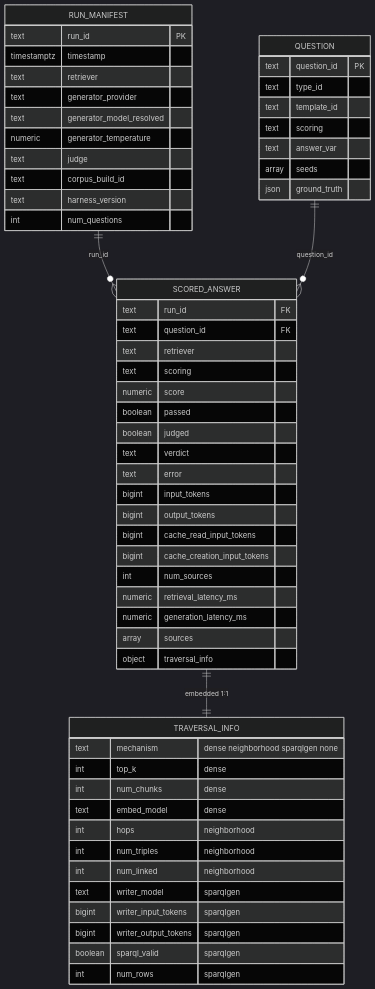
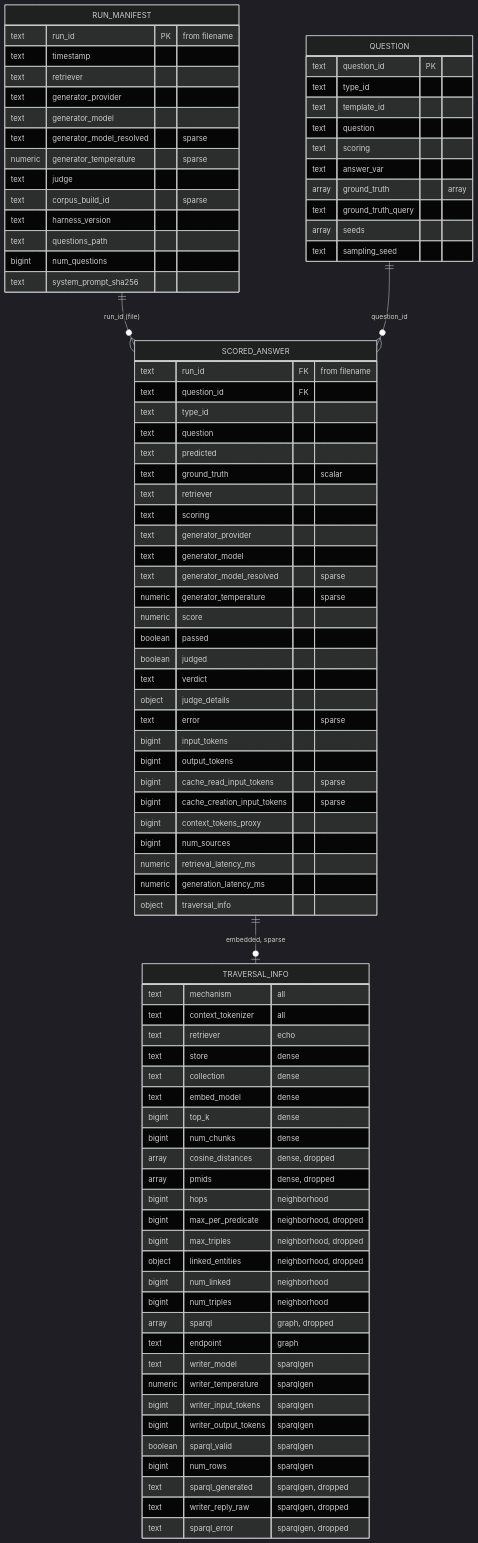
Before and after one commit to joseph-higaki/rag-bench-analytics: the first of 4 diagrams in README.md, drawn with Mermaid (dark theme). The commit also changed other lines of this file, not shown here.

First line of the commit message:
Complete the README data-model diagrams

````diff
--- a/README.md
+++ b/README.md
@@ -65,62 +65,92 @@
 ```mermaid
 erDiagram
-    RUN_MANIFEST ||--o{ SCORED_ANSWER : "run_id"
+    RUN_MANIFEST ||--o{ SCORED_ANSWER : "run_id (file)"
     QUESTION ||--o{ SCORED_ANSWER : "question_id"
-    SCORED_ANSWER ||--|| TRAVERSAL_INFO : "embedded 1:1"
+    SCORED_ANSWER ||--o| TRAVERSAL_INFO : "embedded, sparse"
 
     RUN_MANIFEST {
-        text run_id PK
-        timestamptz timestamp
+        text run_id PK "from filename"
+        text timestamp
         text retriever
         text generator_provider
-        text generator_model_resolved
-        numeric generator_temperature
+        text generator_model
+        text generator_model_resolved "sparse"
+        numeric generator_temperature "sparse"
         text judge
-        text corpus_build_id
+        text corpus_build_id "sparse"
         text harness_version
-        int num_questions
+        text questions_path
+        bigint num_questions
+        text system_prompt_sha256
     }
     SCORED_ANSWER {
-        text run_id FK
+        text run_id FK "from filename"
         text question_id FK
+        text type_id
+        text question
+        text predicted
+        text ground_truth "scalar"
         text retriever
         text scoring
+        text generator_provider
+        text generator_model
+        text generator_model_resolved "sparse"
+        numeric generator_temperature "sparse"
         numeric score
         boolean passed
         boolean judged
         text verdict
-        text error
+        object judge_details
+        text error "sparse"
         bigint input_tokens
         bigint output_tokens
-        bigint cache_read_input_tokens
-        bigint cache_creation_input_tokens
-        int num_sources
+        bigint cache_read_input_tokens "sparse"
+        bigint cache_creation_input_tokens "sparse"
+        bigint context_tokens_proxy
+        bigint num_sources
         numeric retrieval_latency_ms
         numeric generation_latency_ms
-        array sources
         object traversal_info
     }
     QUESTION {
         text question_id PK
         text type_id
         text template_id
+        text question
         text scoring
         text answer_var
+        array ground_truth "array"
+        text ground_truth_query
         array seeds
-        json ground_truth
+        text sampling_seed
     }
     TRAVERSAL_INFO {
-        text mechanism "dense neighborhood sparqlgen none"
-        int top_k "dense"
-        int num_chunks "dense"
+        text mechanism "all"
+        text context_tokenizer "all"
+        text retriever "echo"
+        text store "dense"
+        text collection "dense"
         text embed_model "dense"
-        int hops "neighborhood"
-        int num_triples "neighborhood"
-        int num_linked "neighborhood"
+        bigint top_k "dense"
+        bigint num_chunks "dense"
+        array cosine_distances "dense, dropped"
+        array pmids "dense, dropped"
+        bigint hops "neighborhood"
+        bigint max_per_predicate "neighborhood, dropped"
+        bigint max_triples "neighborhood, dropped"
+        object linked_entities "neighborhood, dropped"
+        bigint num_linked "neighborhood"
+        bigint num_triples "neighborhood"
+        array sparql "graph, dropped"
+        text endpoint "graph"
         text writer_model "sparqlgen"
+        numeric writer_temperature "sparqlgen"
         bigint writer_input_tokens "sparqlgen"
         bigint writer_output_tokens "sparqlgen"
         boolean sparql_valid "sparqlgen"
-        int num_rows "sparqlgen"
+        bigint num_rows "sparqlgen"
+        text sparql_generated "sparqlgen, dropped"
+        text writer_reply_raw "sparqlgen, dropped"
+        text sparql_error "sparqlgen, dropped"
     }
 ```
````
